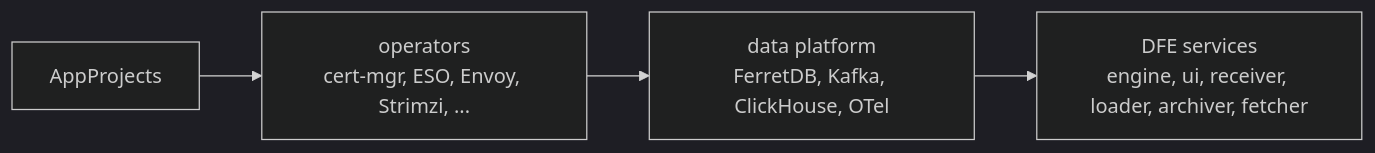
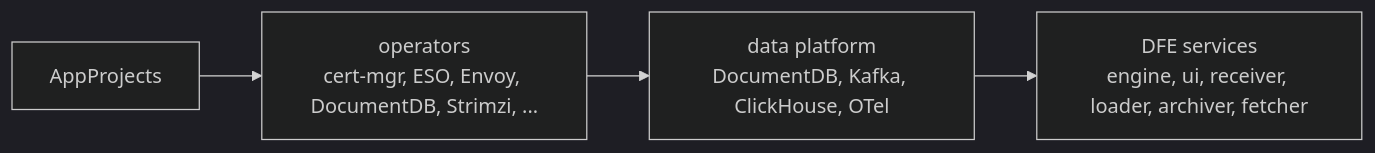
One commit to hyperi-io/dfe-infra changed the second of 4 diagrams in docs/deployment/on-prem.md. Above: the diagram before and after it, drawn with Mermaid (dark theme). The commit also changed other lines of this file and 91 other files, not shown here.

First line of the commit message:
fix: replace FerretDB with the DocumentDB operator (#831)

````diff
--- a/docs/deployment/on-prem.md
+++ b/docs/deployment/on-prem.md
@@ -84,6 +85,6 @@
 ```mermaid
 flowchart LR
-  W1["AppProjects"] --> W2["operators<br/>cert-mgr, ESO, Envoy, Strimzi, ..."]
-  W2 --> W4["data platform<br/>FerretDB, Kafka, ClickHouse, OTel"]
+  W1["AppProjects"] --> W2["operators<br/>cert-mgr, ESO, Envoy, DocumentDB, Strimzi, ..."]
+  W2 --> W4["data platform<br/>DocumentDB, Kafka, ClickHouse, OTel"]
   W4 --> W5["DFE services<br/>engine, ui, receiver, loader, archiver, fetcher"]
 ```
````
